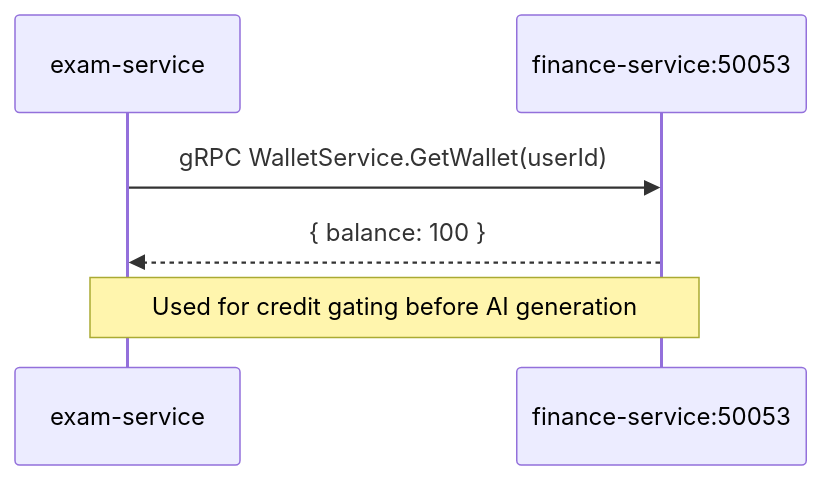
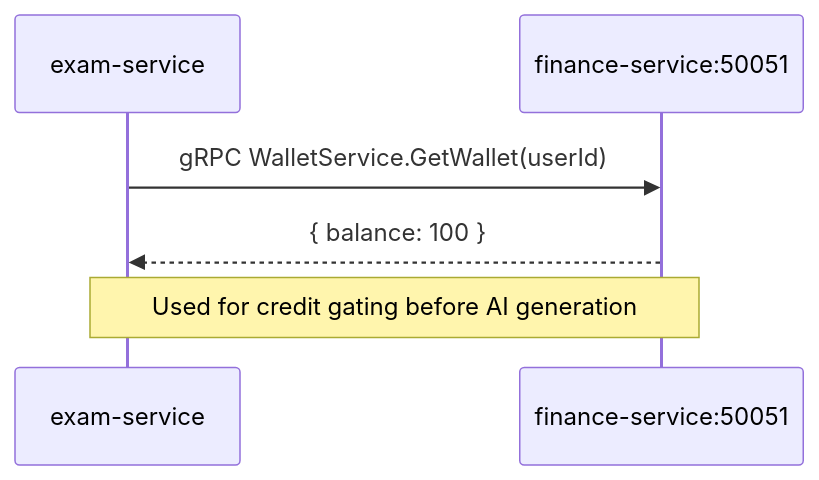
One commit to tgiap04/examio changed the third of 8 diagrams in docs/system/architecture.md. Above: the diagram before and after it, drawn with Mermaid. The commit also changed other lines of this file and 6 other files, not shown here.

````diff
--- a/docs/system/architecture.md
+++ b/docs/system/architecture.md
@@ -98,8 +100,8 @@
 ```mermaid
 sequenceDiagram
     participant EX as exam-service
-    participant FIN as finance-service:50053
+    participant FIN as finance-service:50051
     EX->>FIN: gRPC WalletService.GetWallet(userId)
     FIN-->>EX: { balance: 100 }
     Note over EX,FIN: Used for credit gating before AI generation
 ```
````
